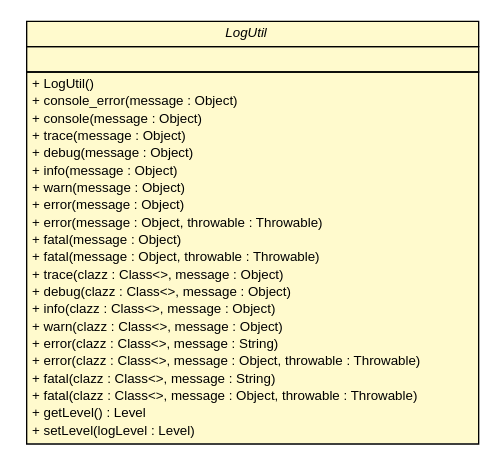
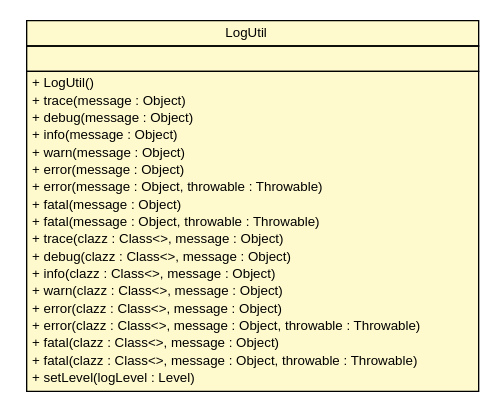
One commit to pcross616/lf-osc-proxy changed the diagram in apidocs/com/xley/lfosc/util/LogUtil.dot. Above: the diagram before and after it, drawn with Graphviz. The commit also changed 541 other files, not shown here.

```diff
--- a/apidocs/com/xley/lfosc/util/LogUtil.dot
+++ b/apidocs/com/xley/lfosc/util/LogUtil.dot
@@ -1,44 +1,41 @@
 #!/usr/local/bin/dot
 #
 # Class diagram 
 # Generated by UMLGraph version R5_6 (http://www.umlgraph.org/)
 #
 
 digraph G {
 	edge [fontname="Helvetica",fontsize=10,labelfontname="Helvetica",labelfontsize=10];
 	node [fontname="Helvetica",fontsize=10,shape=plaintext];
 	nodesep=0.25;
 	ranksep=0.5;
 	// com.xley.lfosc.util.LogUtil
-	c1579 [label=<<table title="com.xley.lfosc.util.LogUtil" border="0" cellborder="1" cellspacing="0" cellpadding="2" port="p" bgcolor="lemonChiffon" href="./LogUtil.html">
+	c46 [label=<<table title="com.xley.lfosc.util.LogUtil" border="0" cellborder="1" cellspacing="0" cellpadding="2" port="p" bgcolor="lemonChiffon" href="./LogUtil.html">
 		<tr><td><table border="0" cellspacing="0" cellpadding="1">
-<tr><td align="center" balign="center"><font face="Helvetica-Oblique"> LogUtil </font></td></tr>
+<tr><td align="center" balign="center"> LogUtil </td></tr>
 		</table></td></tr>
 		<tr><td><table border="0" cellspacing="0" cellpadding="1">
 <tr><td align="left" balign="left">  </td></tr>
 		</table></td></tr>
 		<tr><td><table border="0" cellspacing="0" cellpadding="1">
 <tr><td align="left" balign="left"> + LogUtil() </td></tr>
-<tr><td align="left" balign="left"> + console_error(message : Object) </td></tr>
-<tr><td align="left" balign="left"> + console(message : Object) </td></tr>
 <tr><td align="left" balign="left"> + trace(message : Object) </td></tr>
 <tr><td align="left" balign="left"> + debug(message : Object) </td></tr>
 <tr><td align="left" balign="left"> + info(message : Object) </td></tr>
 <tr><td align="left" balign="left"> + warn(message : Object) </td></tr>
 <tr><td align="left" balign="left"> + error(message : Object) </td></tr>
 <tr><td align="left" balign="left"> + error(message : Object, throwable : Throwable) </td></tr>
 <tr><td align="left" balign="left"> + fatal(message : Object) </td></tr>
 <tr><td align="left" balign="left"> + fatal(message : Object, throwable : Throwable) </td></tr>
 <tr><td align="left" balign="left"> + trace(clazz : Class&lt;&gt;, message : Object) </td></tr>
 <tr><td align="left" balign="left"> + debug(clazz : Class&lt;&gt;, message : Object) </td></tr>
 <tr><td align="left" balign="left"> + info(clazz : Class&lt;&gt;, message : Object) </td></tr>
 <tr><td align="left" balign="left"> + warn(clazz : Class&lt;&gt;, message : Object) </td></tr>
-<tr><td align="left" balign="left"> + error(clazz : Class&lt;&gt;, message : String) </td></tr>
+<tr><td align="left" balign="left"> + error(clazz : Class&lt;&gt;, message : Object) </td></tr>
 <tr><td align="left" balign="left"> + error(clazz : Class&lt;&gt;, message : Object, throwable : Throwable) </td></tr>
-<tr><td align="left" balign="left"> + fatal(clazz : Class&lt;&gt;, message : String) </td></tr>
+<tr><td align="left" balign="left"> + fatal(clazz : Class&lt;&gt;, message : Object) </td></tr>
 <tr><td align="left" balign="left"> + fatal(clazz : Class&lt;&gt;, message : Object, throwable : Throwable) </td></tr>
-<tr><td align="left" balign="left"> + getLevel() : Level </td></tr>
 <tr><td align="left" balign="left"> + setLevel(logLevel : Level) </td></tr>
 		</table></td></tr>
 		</table>>, URL="./LogUtil.html", fontname="Helvetica", fontcolor="black", fontsize=10.0];
 }
```
